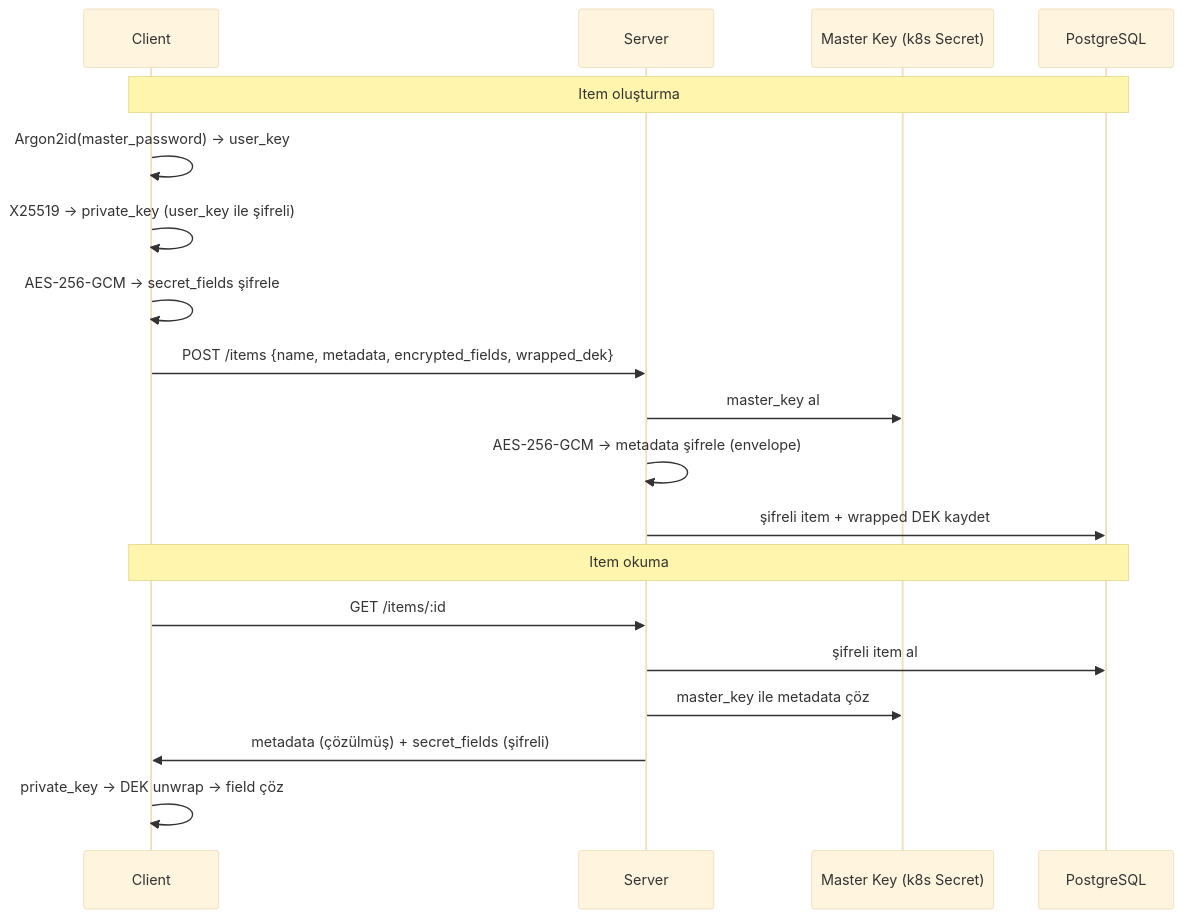
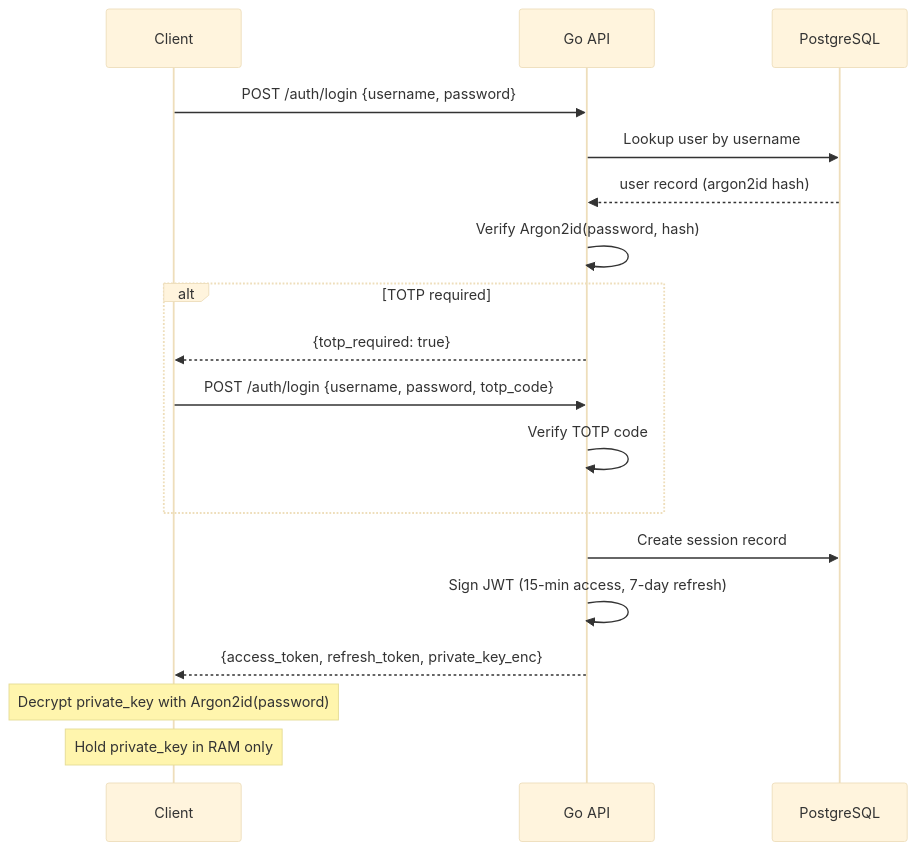
The second of 2 diagrams in server/README.md (GameOfAI/IronStock), drawn with Mermaid (base theme) before and after one commit. The commit also changed other lines of this file and 8 other files, not shown here.

````diff
--- a/server/README.md
+++ b/server/README.md
@@ -243,24 +140,24 @@
 ```mermaid
 sequenceDiagram
-    participant C as Client
-    participant S as Server
-    participant KV as Master Key (k8s Secret)
+    participant Client
+    participant API as Go API
     participant DB as PostgreSQL
 
-    Note over C,DB: Item oluşturma
-    C->>C: Argon2id(master_password) → user_key
-    C->>C: X25519 → private_key (user_key ile şifreli)
-    C->>C: AES-256-GCM → secret_fields şifrele
-    C->>S: POST /items {name, metadata, encrypted_fields, wrapped_dek}
+    Client->>API: POST /auth/login {username, password}
+    API->>DB: Lookup user by username
+    DB-->>API: user record (argon2id hash)
+    API->>API: Verify Argon2id(password, hash)
+    
+    alt TOTP required
+        API-->>Client: {totp_required: true}
+        Client->>API: POST /auth/login {username, password, totp_code}
+        API->>API: Verify TOTP code
+    end
 
-    S->>KV: master_key al
-    S->>S: AES-256-GCM → metadata şifrele (envelope)
-    S->>DB: şifreli item + wrapped DEK kaydet
-
-    Note over C,DB: Item okuma
-    C->>S: GET /items/:id
-    S->>DB: şifreli item al
-    S->>KV: master_key ile metadata çöz
-    S->>C: metadata (çözülmüş) + secret_fields (şifreli)
-    C->>C: private_key → DEK unwrap → field çöz
+    API->>DB: Create session record
+    API->>API: Sign JWT (15-min access, 7-day refresh)
+    API-->>Client: {access_token, refresh_token, private_key_enc}
+    
+    Note over Client: Decrypt private_key with Argon2id(password)
+    Note over Client: Hold private_key in RAM only
 ```
````
